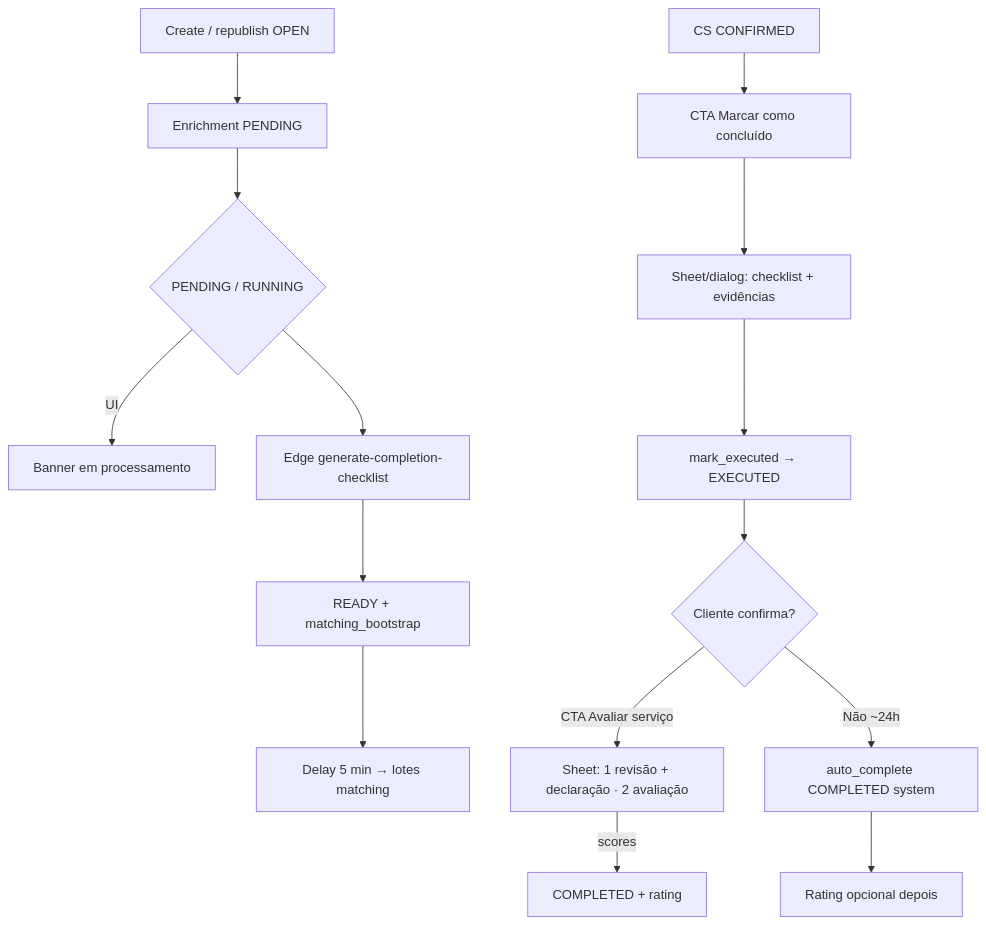
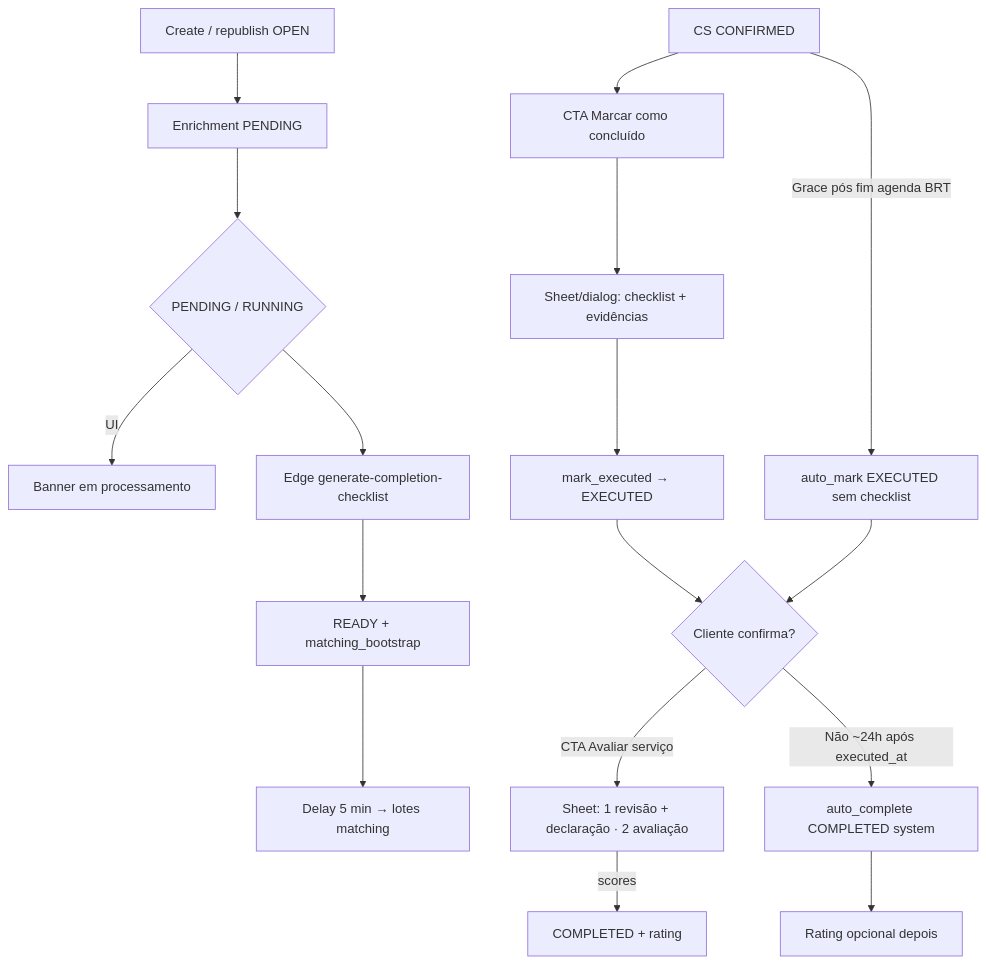
The diagram in docs/business/modulos/service-completion/features/conclusao-e-enrichment.md (higorpo/renovi-orbit-test), drawn with Mermaid before and after one commit. The commit also changed other lines of this file and 27 other files, not shown here.

````diff
--- a/docs/business/modulos/service-completion/features/conclusao-e-enrichment.md
+++ b/docs/business/modulos/service-completion/features/conclusao-e-enrichment.md
@@ -48,17 +48,19 @@
 ```mermaid
 flowchart TD
   A[Create / republish OPEN] --> B[Enrichment PENDING]
   B --> C{PENDING / RUNNING}
   C -->|UI| D[Banner em processamento]
   C --> E[Edge generate-completion-checklist]
   E --> F[READY + matching_bootstrap]
   F --> G[Delay 5 min → lotes matching]
   H[CS CONFIRMED] --> I[CTA Marcar como concluído]
   I --> I2[Sheet/dialog: checklist + evidências]
   I2 --> J[mark_executed → EXECUTED]
+  H -->|Grace pós fim agenda BRT| J2[auto_mark EXECUTED sem checklist]
   J --> K{Cliente confirma?}
+  J2 --> K
   K -->|CTA Avaliar serviço| K2[Sheet: 1 revisão + declaração · 2 avaliação]
   K2 -->|scores| L[COMPLETED + rating]
-  K -->|Não ~24h| M[auto_complete COMPLETED system]
+  K -->|Não ~24h após executed_at| M[auto_complete COMPLETED system]
   M --> N[Rating opcional depois]
 ```
````
